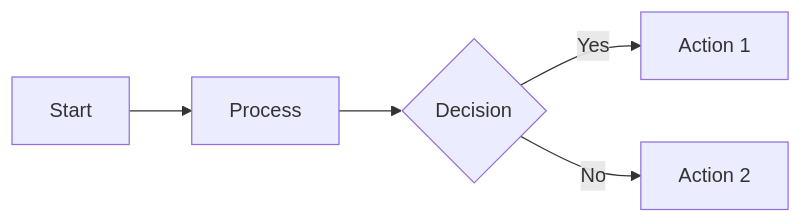
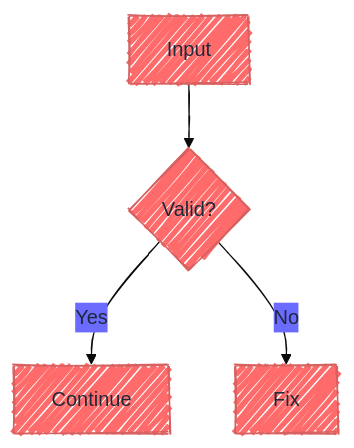
Before and after one commit to basidiocarp/lamella: the first of 4 diagrams in resources/skills/tools/mermaid-diagrams/references/advanced-features.md, drawn with Mermaid. The commit also changed other lines of this file and 1251 other files, not shown here.

````diff
--- a/resources/skills/tools/mermaid-diagrams/references/advanced-features.md
+++ b/resources/skills/tools/mermaid-diagrams/references/advanced-features.md
@@ -40,11 +8,15 @@
 ```mermaid
 ---
 config:
-  theme: default
+  theme: base
+  look: handDrawn
+  layout: dagre
+  themeVariables:
+    primaryColor: "#ff6b6b"
+    primaryTextColor: "#1f2937"
 ---
-flowchart LR
-    A[Start] --> B[Process]
-    B --> C{Decision}
-    C -->|Yes| D[Action 1]
-    C -->|No| E[Action 2]
+flowchart TD
+  A[Input] --> B{Valid?}
+  B -->|Yes| C[Continue]
+  B -->|No| D[Fix]
 ```
````
